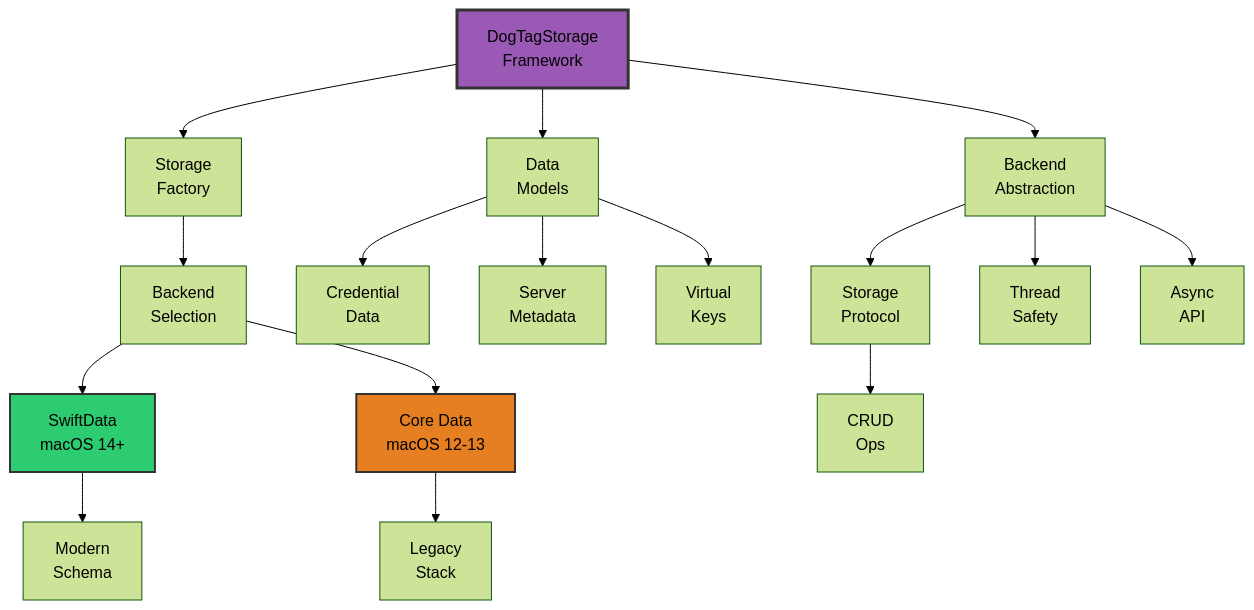
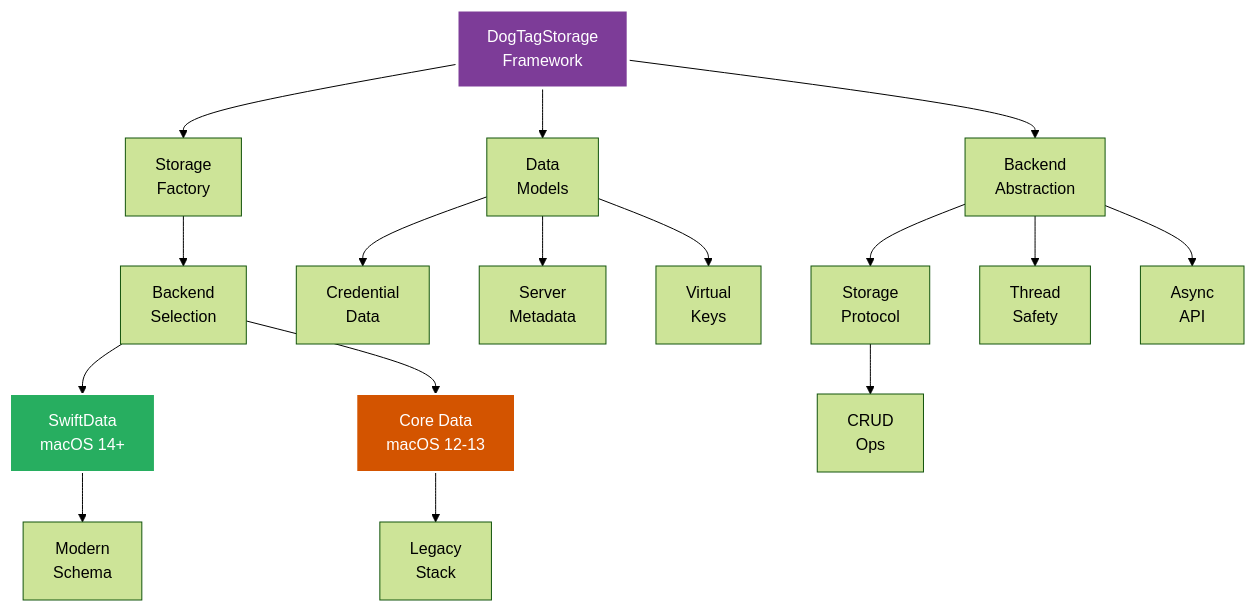
The fifth of 7 diagrams in README.md (webauthnai/Web-Man), drawn with Mermaid (forest theme) before and after one commit. The commit also changed other lines of this file, not shown here.

````diff
--- a/README.md
+++ b/README.md
@@ -258,27 +258,27 @@
 ```mermaid
 graph TD
     A[DogTagStorage<br/>Framework] 
     A --> B[Storage<br/>Factory]
     A --> C[Data<br/>Models]
     A --> D[Backend<br/>Abstraction]
     
     B --> E[Backend<br/>Selection]
     E --> F[SwiftData<br/>macOS 14+]
     E --> G[Core Data<br/>macOS 12-13]
     
     C --> H[Credential<br/>Data]
     C --> I[Server<br/>Metadata]
     C --> J[Virtual<br/>Keys]
     
     D --> K[Storage<br/>Protocol]
     D --> L[Thread<br/>Safety]
     D --> M[Async<br/>API]
     
     F --> N[Modern<br/>Schema]
     G --> O[Legacy<br/>Stack]
     K --> P[CRUD<br/>Ops]
     
-    style A fill:#9b59b6,stroke:#333,stroke-width:3px
-    style F fill:#2ecc71,stroke:#333,stroke-width:2px
-    style G fill:#e67e22,stroke:#333,stroke-width:2px
+    style A fill:#7d3c98,stroke:#fff,stroke-width:3px,color:#fff
+    style F fill:#27ae60,stroke:#fff,stroke-width:2px,color:#fff
+    style G fill:#d35400,stroke:#fff,stroke-width:2px,color:#fff
 ```
````
